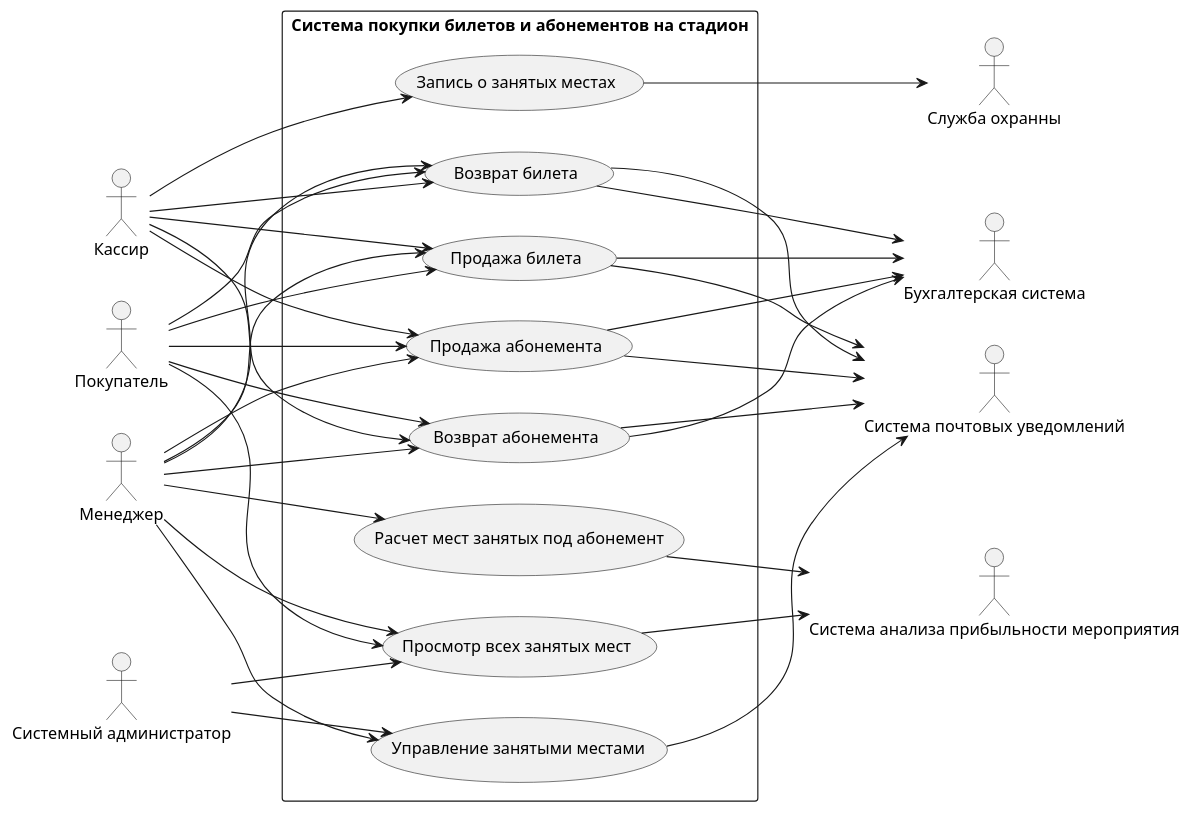
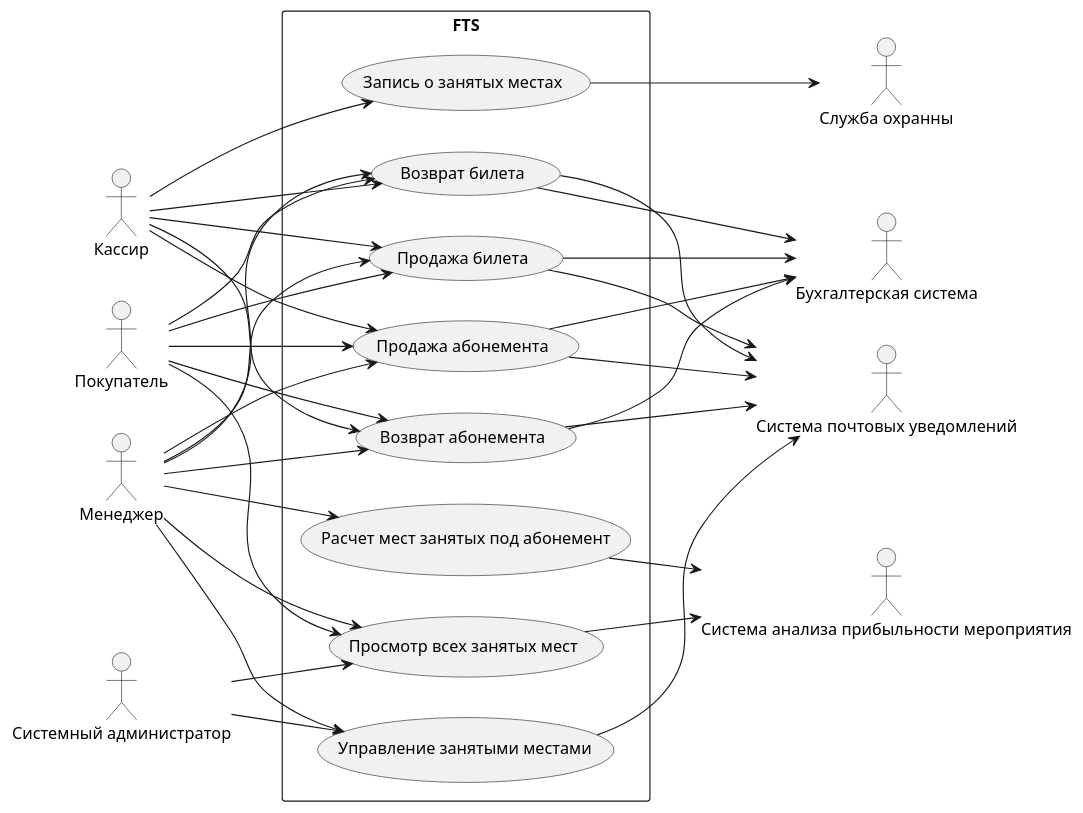
Before and after one commit to penamarth/bsbo-11-24_team5_var10_football: the diagram in Преценденты/Диаграмма прецендентов.md, drawn with PlantUML. The commit also changed 7 other files, not shown here.

````diff
--- a/Преценденты/Диаграмма прецендентов.md
+++ b/Преценденты/Диаграмма прецендентов.md
@@ -3,68 +3,68 @@
 ```plantuml
 
 @startuml
 left to right direction
 skinparam packageStyle rect
 
 :Кассир:
 :Покупатель:
 :Системный администратор:
 :Менеджер:
 
-package "Система покупки билетов и абонементов на стадион" {
+package "FTS" {
 (Продажа билета)
 (Продажа абонемента)
 (Запись о занятых местах)
 (Возврат билета)
 (Возврат абонемента)
 (Расчет мест занятых под абонемент)
 (Просмотр всех занятых мест)
 (Управление занятыми местами)
 }
 
 :Покупатель: --> (Продажа билета)
 :Покупатель: --> (Продажа абонемента)
 :Покупатель: --> (Возврат билета)
 :Покупатель: --> (Возврат абонемента)
 :Покупатель: --> (Просмотр всех занятых мест)
 
 :Кассир: --> (Продажа билета)
 :Кассир: --> (Продажа абонемента)
 :Кассир: --> (Возврат билета)
 :Кассир: --> (Возврат абонемента)
 :Кассир: --> (Запись о занятых местах)
 
 :Менеджер: --> (Продажа билета)
 :Менеджер: --> (Продажа абонемента)
 :Менеджер: --> (Возврат билета)
 :Менеджер: --> (Возврат абонемента)
 :Менеджер: --> (Просмотр всех занятых мест)
 :Менеджер: --> (Управление занятыми местами)
 :Менеджер: --> (Расчет мест занятых под абонемент)
 
 :Системный администратор: --> (Управление занятыми местами)
 :Системный администратор: --> (Просмотр всех занятых мест)
 
 :Служба охранны:
 :Система анализа прибыльности мероприятия:
 :Бухгалтерская система:
 :Система почтовых уведомлений:
 
 (Продажа билета) --> :Система почтовых уведомлений:
 (Продажа абонемента) --> :Система почтовых уведомлений:
 (Возврат билета) --> :Система почтовых уведомлений:
 (Возврат абонемента) --> :Система почтовых уведомлений:
 (Управление занятыми местами) --> :Система почтовых уведомлений:
 
 (Продажа билета) --> :Бухгалтерская система:
 (Продажа абонемента) --> :Бухгалтерская система:
 (Возврат билета) --> :Бухгалтерская система:
 (Возврат абонемента) --> :Бухгалтерская система:
 
 (Запись о занятых местах) --> :Служба охранны:
 
 (Расчет мест занятых под абонемент) --> :Система анализа прибыльности мероприятия:
 (Просмотр всех занятых мест) --> :Система анализа прибыльности мероприятия:
 
 @enduml
 ```
````
